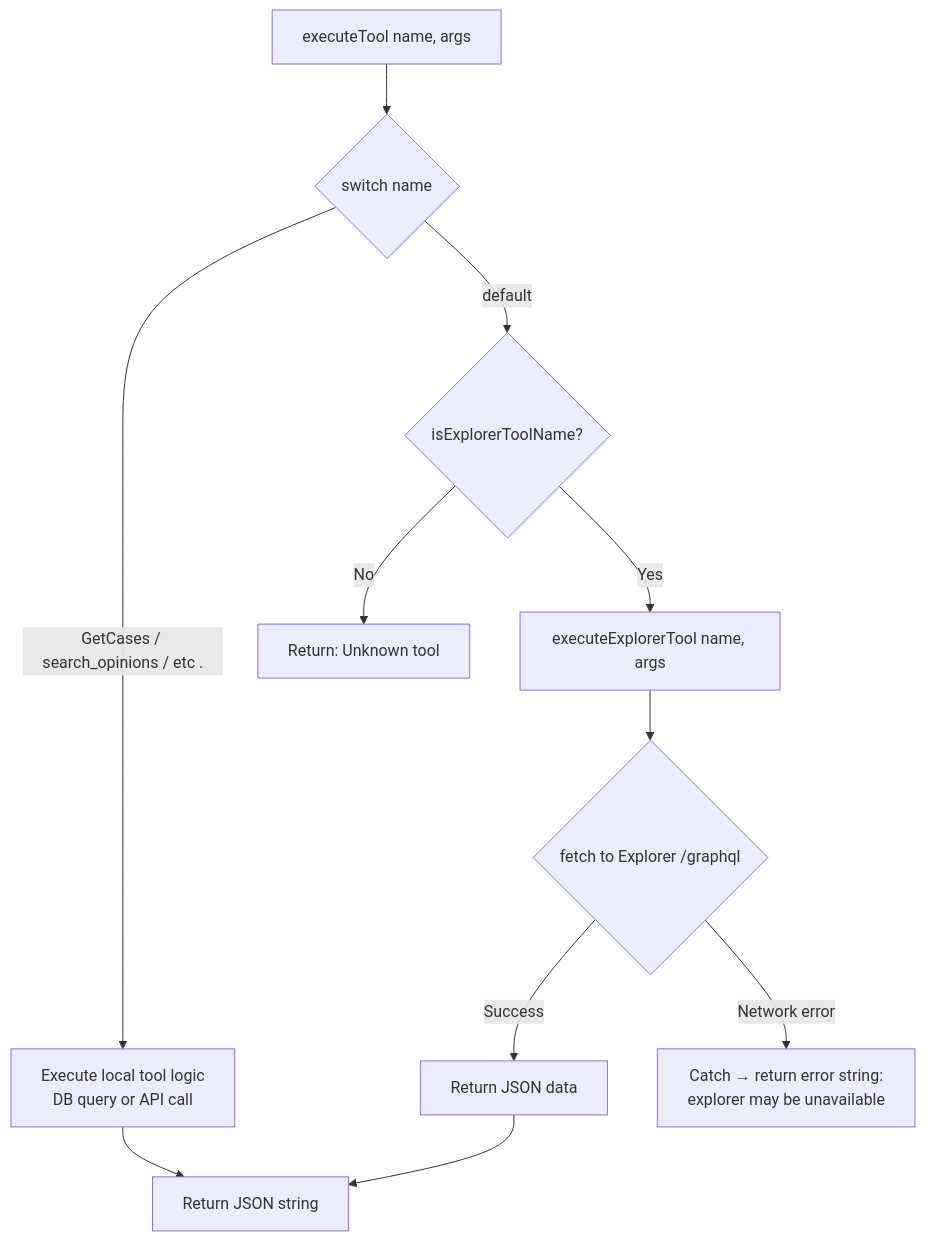
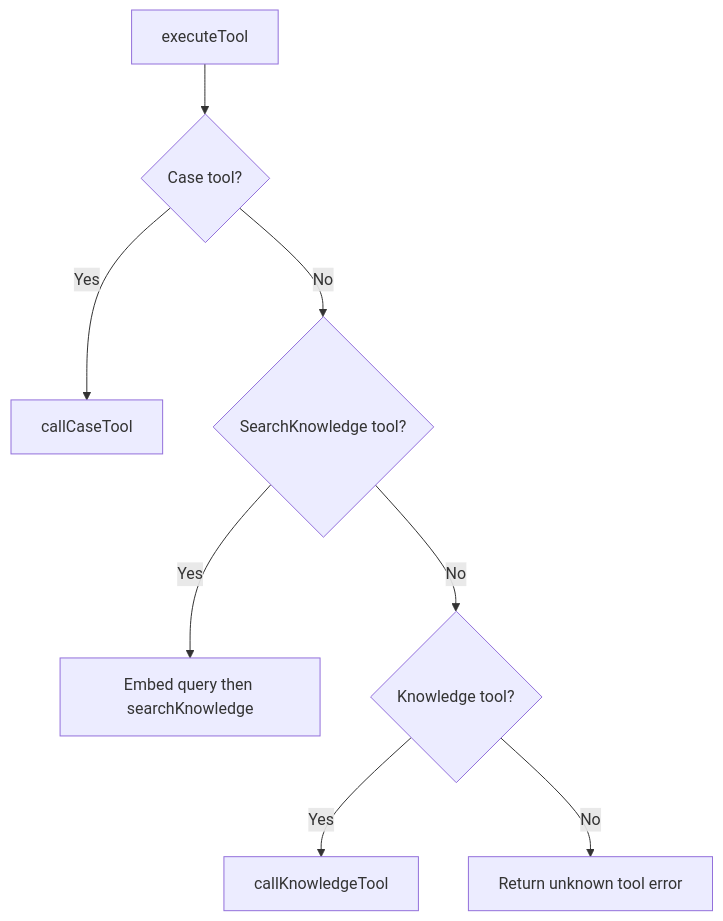
The first of 3 diagrams in docs/explorer-tools-control-flow.md (geoffsee/proseva), drawn with Mermaid before and after one commit. The commit also changed other lines of this file and 56 other files, not shown here.

````diff
--- a/docs/explorer-tools-control-flow.md
+++ b/docs/explorer-tools-control-flow.md
@@ -123,14 +16,10 @@
 ```mermaid
 flowchart TD
-    A[executeTool name, args] --> B{switch name}
-    B -->|GetCases / search_opinions / etc .| C[Execute local tool logic<br/>DB query or API call]
-    C --> D[Return JSON string]
-    B -->|default| E{isExplorerToolName?}
-    E -->|Yes| F[executeExplorerTool name, args]
-    F --> G{fetch to Explorer /graphql}
-    G -->|Success| H[Return JSON data]
-    G -->|Network error| I[Catch → return error string:<br/>explorer may be unavailable]
-H --> D
-
-E -->|No|J[Return: Unknown tool]
+    A["executeTool"] --> B{"Case tool?"}
+    B -->|Yes| C["callCaseTool"]
+    B -->|No| D{"SearchKnowledge tool?"}
+    D -->|Yes| E["Embed query then searchKnowledge"]
+    D -->|No| F{"Knowledge tool?"}
+    F -->|Yes| G["callKnowledgeTool"]
+    F -->|No| H["Return unknown tool error"]
 ```
````
